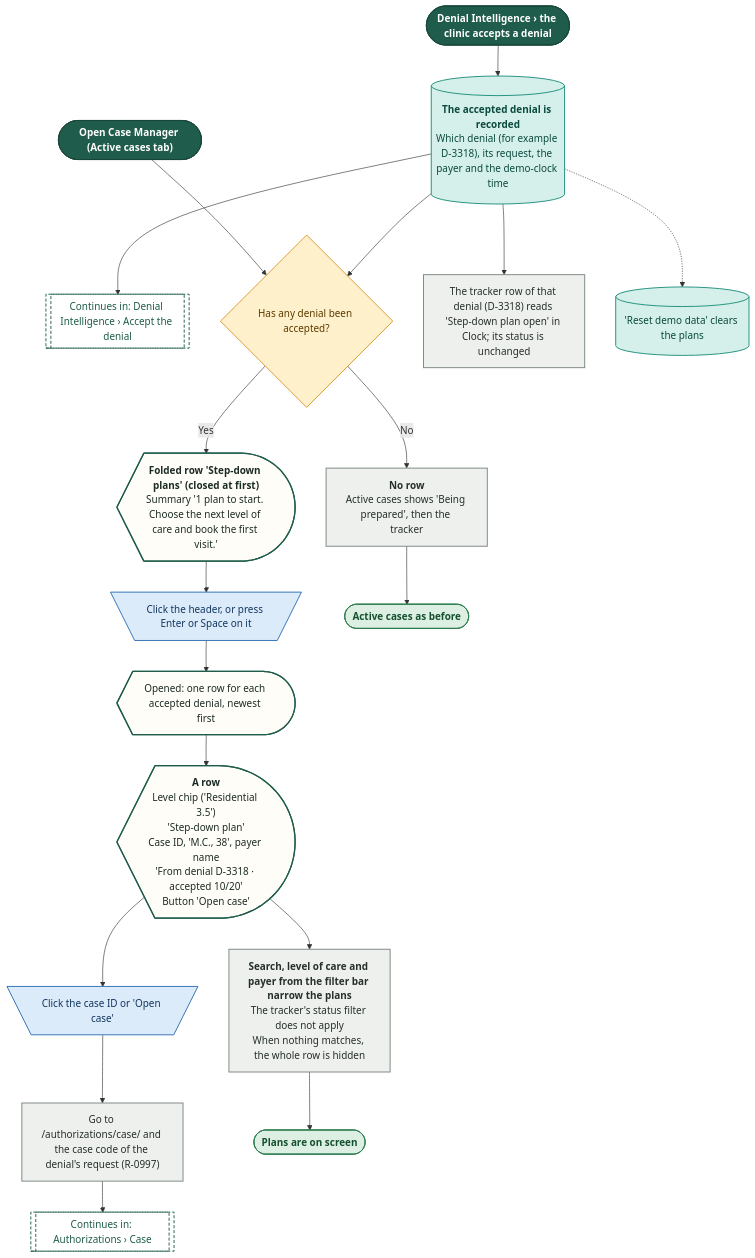
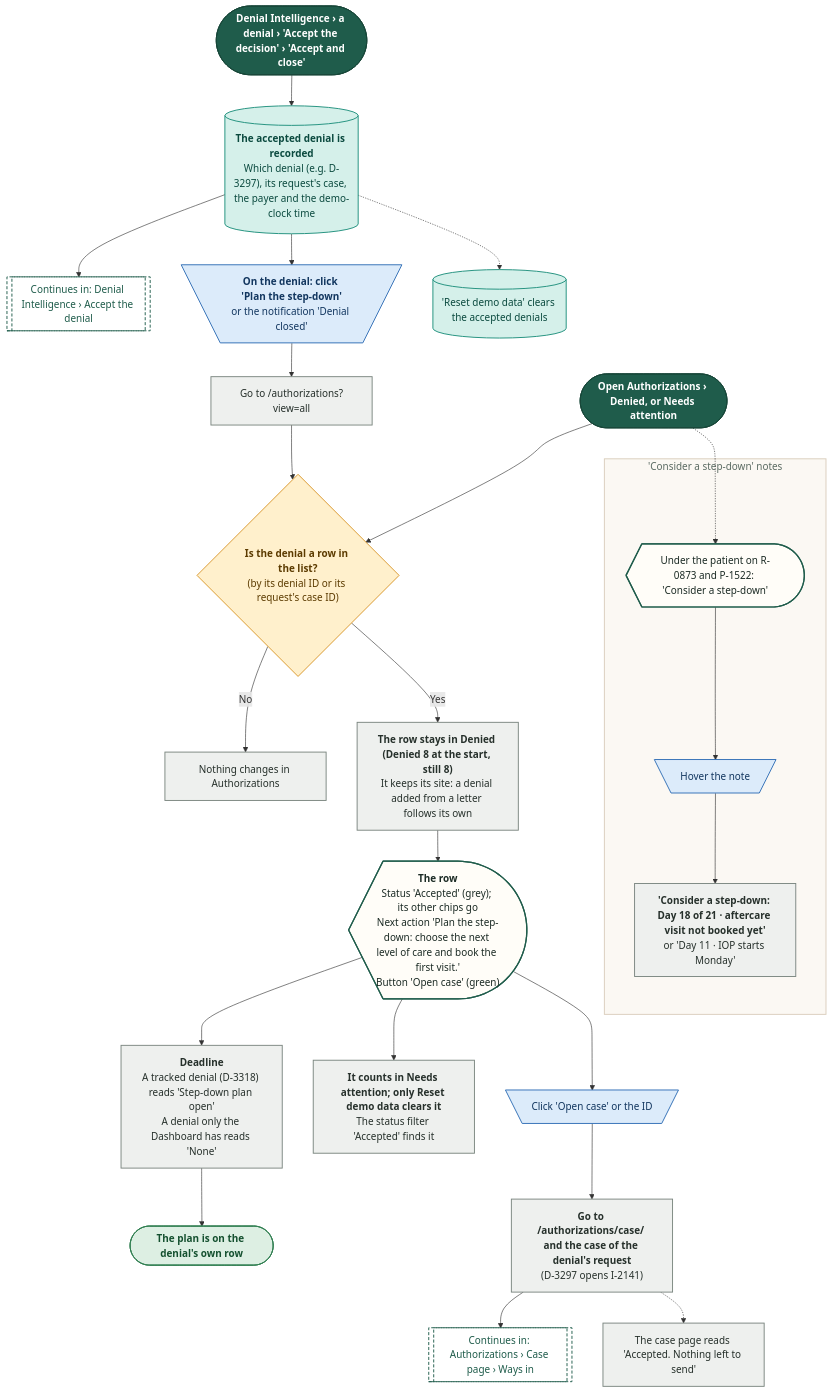
Before and after one commit to Shrav143/psyfloapp: the fourth of 20 diagrams in demos/prior-auth-demo/workflows/out/md/07-case-manager.md, drawn with Mermaid. The commit also changed other lines of this file and 113 other files, not shown here.

First line of the commit message:
docs: workflow diagrams for the merged Authorizations (worklist, approved, reviews and tracked cases, sidebar arrow), every link retargeted, 336 diagrams

````diff
--- a/demos/prior-auth-demo/workflows/out/md/07-case-manager.md
+++ b/demos/prior-auth-demo/workflows/out/md/07-case-manager.md
@@ -411,55 +266,63 @@
 ```mermaid
 %%{init: {"theme":"base","themeVariables":{"fontFamily":"'DM Sans', 'Segoe UI', system-ui, sans-serif","fontSize":"15px","lineColor":"#5B6B63","primaryTextColor":"#1C2B25","clusterBkg":"#FBF8F3","clusterBorder":"#D9CDBB","edgeLabelBackground":"#FFFFFF"},"flowchart":{"curve":"basis","nodeSpacing":36,"rankSpacing":48,"padding":12,"htmlLabels":true,"useMaxWidth":false,"wrappingWidth":230}} }%%
 flowchart TD
   classDef k_start fill:#1F5C4B,stroke:#174638,color:#FFFFFF,stroke-width:1.5px,font-weight:600
   classDef k_end fill:#DDEFE3,stroke:#2E7D4F,color:#14502F,stroke-width:1.5px,font-weight:600
   classDef k_endx fill:#FBE3E0,stroke:#C0392B,color:#7A1F16,stroke-width:1.5px,font-weight:600
   classDef k_screen fill:#FFFDF8,stroke:#1F5C4B,color:#1C2B25,stroke-width:2px
   classDef k_overlay fill:#F1F7F3,stroke:#1F5C4B,color:#1C2B25,stroke-width:2px,stroke-dasharray:5 3
   classDef k_click fill:#DCEBFA,stroke:#2F6DB5,color:#12365F,stroke-width:1.5px
   classDef k_input fill:#E4E7FF,stroke:#4C5FD5,color:#1D2670,stroke-width:1.5px
   classDef k_process fill:#EEF0EE,stroke:#7A857F,color:#26302B,stroke-width:1.5px
   classDef k_agent fill:#EEE5FA,stroke:#7A4FC2,color:#341A63,stroke-width:1.5px
   classDef k_decision fill:#FFF0CC,stroke:#D9962B,color:#5C3B00,stroke-width:1.5px
   classDef k_store fill:#D5F0EA,stroke:#1C8E7B,color:#0B4A3F,stroke-width:1.5px
   classDef k_doc fill:#F6E9DC,stroke:#B07A4C,color:#4A2E14,stroke-width:1.5px
   classDef k_ext fill:#FFE6D2,stroke:#E07B39,color:#6B2F06,stroke-width:1.5px
   classDef k_wait fill:#E4E8EE,stroke:#6B7C93,color:#26303D,stroke-width:1.5px
   classDef k_toast fill:#FFF9DB,stroke:#C9A400,color:#5A4A00,stroke-width:1.5px
   classDef k_goto fill:#FFFFFF,stroke:#1F5C4B,color:#1F5C4B,stroke-width:1.5px,stroke-dasharray:5 3
-  s1@{ shape: stadium, label: "Denial Intelligence › the clinic accepts a denial" }
-  st1@{ shape: cyl, label: "<b>The accepted denial is recorded</b><br/>Which denial (for example D-3318), its request, the payer and the demo-clock time" }
+  s1@{ shape: stadium, label: "Denial Intelligence › a denial › 'Accept the decision' › 'Accept and close'" }
+  st1@{ shape: cyl, label: "<b>The accepted denial is recorded</b><br/>Which denial (e.g. D-3297), its request's case, the payer and the demo-clock time" }
   g1@{ shape: subproc, label: "Continues in: Denial Intelligence › Accept the denial" }
-  s2@{ shape: stadium, label: "Open Case Manager (Active cases tab)" }
-  d1@{ shape: diam, label: "Has any denial been accepted?" }
-  p0@{ shape: rect, label: "<b>No row</b><br/>Active cases shows 'Being prepared', then the tracker" }
-  c1@{ shape: curv-trap, label: "<b>Folded row 'Step-down plans' (closed at first)</b><br/>Summary '1 plan to start. Choose the next level of care and book the first visit.'" }
-  co@{ shape: trap-t, label: "Click the header, or press Enter or Space on it" }
-  c1b@{ shape: curv-trap, label: "Opened: one row for each accepted denial, newest first" }
-  r1@{ shape: curv-trap, label: "<b>A row</b><br/>Level chip ('Residential 3.5')<br/>'Step-down plan'<br/>Case ID, 'M.C., 38', payer name<br/>'From denial D-3318 · accepted 10/20'<br/>Button 'Open case'" }
-  p1@{ shape: rect, label: "<b>Search, level of care and payer from the filter bar narrow the plans</b><br/>The tracker's status filter does not apply<br/>When nothing matches, the whole row is hidden" }
-  c2@{ shape: trap-t, label: "Click the case ID or 'Open case'" }
-  p2@{ shape: rect, label: "Go to /authorizations/case/ and the case code of the denial's request (R-0997)" }
-  g2@{ shape: subproc, label: "Continues in: Authorizations › Case" }
-  p3@{ shape: rect, label: "The tracker row of that denial (D-3318) reads 'Step-down plan open' in Clock; its status is unchanged" }
-  st2@{ shape: cyl, label: "'Reset demo data' clears the plans" }
-  e1@{ shape: stadium, label: "Plans are on screen" }
-  e2@{ shape: stadium, label: "Active cases as before" }
+  c0@{ shape: trap-t, label: "<b>On the denial: click 'Plan the step-down'</b><br/>or the notification 'Denial closed'" }
+  p0@{ shape: rect, label: "Go to /authorizations?view=all" }
+  s2@{ shape: stadium, label: "Open Authorizations › Denied, or Needs attention" }
+  d1@{ shape: diam, label: "<b>Is the denial a row in the list?</b><br/>(by its denial ID or its request's case ID)" }
+  n1@{ shape: rect, label: "Nothing changes in Authorizations" }
+  p1@{ shape: rect, label: "<b>The row stays in Denied (Denied 8 at the start, still 8)</b><br/>It keeps its site: a denial added from a letter follows its own" }
+  r1@{ shape: curv-trap, label: "<b>The row</b><br/>Status 'Accepted' (grey); its other chips go<br/>Next action 'Plan the step-down: choose the next level of care and book the first visit.'<br/>Button 'Open case' (green)" }
+  r2@{ shape: rect, label: "<b>Deadline</b><br/>A tracked denial (D-3318) reads 'Step-down plan open'<br/>A denial only the Dashboard has reads 'None'" }
+  r3@{ shape: rect, label: "<b>It counts in Needs attention; only Reset demo data clears it</b><br/>The status filter 'Accepted' finds it" }
+  c1@{ shape: trap-t, label: "Click 'Open case' or the ID" }
+  p2@{ shape: rect, label: "<b>Go to /authorizations/case/ and the case of the denial's request</b><br/>(D-3297 opens I-2141)" }
+  g2@{ shape: subproc, label: "Continues in: Authorizations › Case page › Ways in" }
+  p3@{ shape: rect, label: "The case page reads 'Accepted. Nothing left to send'" }
+  subgraph gN ["'Consider a step-down' notes"]
+  n2@{ shape: curv-trap, label: "Under the patient on R-0873 and P-1522: 'Consider a step-down'" }
+  n3@{ shape: trap-t, label: "Hover the note" }
+  n4@{ shape: rect, label: "<b>'Consider a step-down: Day 18 of 21 · aftercare visit not booked yet'</b><br/>or 'Day 11 · IOP starts Monday'" }
+  end
+  st2@{ shape: cyl, label: "'Reset demo data' clears the accepted denials" }
+  e1@{ shape: stadium, label: "The plan is on the denial's own row" }
   s1 --> st1 --> g1
-  st1 --> d1
+  st1 --> c0 --> p0 --> d1
   s2 --> d1
-  d1 -->|"No"| p0 --> e2
-  d1 -->|"Yes"| c1 --> co --> c1b --> r1 --> p1
-  r1 --> c2 --> p2 --> g2
-  p1 --> e1
-  st1 --> p3
+  d1 -->|"No"| n1
+  d1 -->|"Yes"| p1 --> r1 --> r2
+  r1 --> r3
+  r1 --> c1 --> p2 --> g2
+  p2 -.-> p3
+  r2 --> e1
+  s2 -.-> n2 --> n3 --> n4
   st1 -.-> st2
   class s1,s2 k_start
   class st1,st2 k_store
   class g1,g2 k_goto
+  class c0,c1,n3 k_click
+  class p0,n1,p1,r2,r3,p2,p3,n4 k_process
   class d1 k_decision
-  class p0,p1,p2,p3 k_process
-  class c1,c1b,r1 k_screen
-  class co,c2 k_click
-  class e1,e2 k_end
+  class r1,n2 k_screen
+  class e1 k_end
+  style gN fill:#FBF8F3,stroke:#D9CDBB,stroke-width:1.5px,color:#5B6B63
 ```
````
